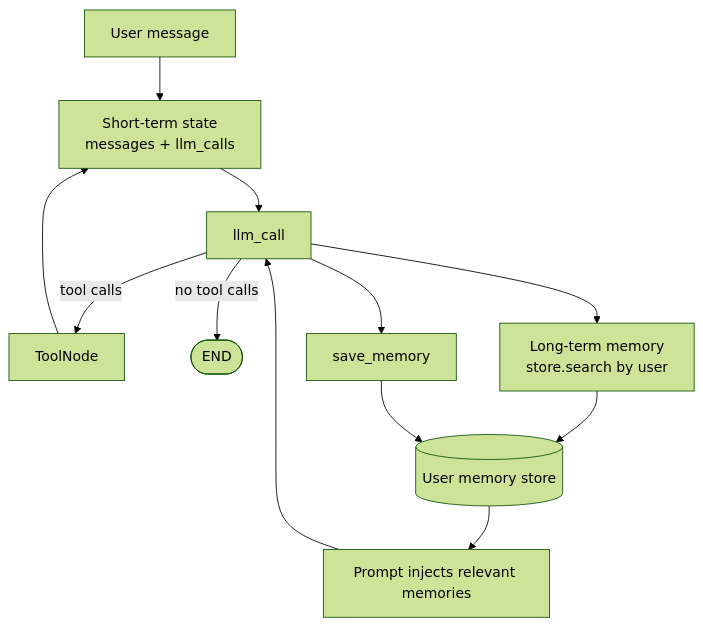
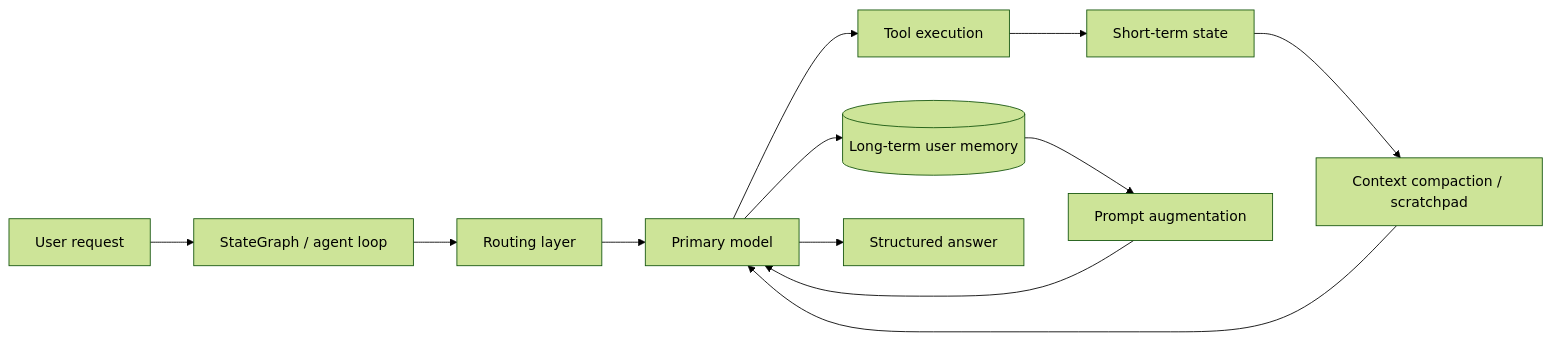
One commit to Harichandra1/agents changed the first of 2 diagrams in README.md. Above: the diagram before and after it, drawn with Mermaid (forest theme). The commit also changed other lines of this file, not shown here.

````diff
--- a/README.md
+++ b/README.md
@@ -62,16 +7,16 @@
 ```mermaid
-flowchart TD
-    USER[User message] --> STATE[Short-term state<br/>messages + llm_calls]
-    STATE --> LLM[llm_call]
-    LLM -->|tool calls| TOOLS[ToolNode]
-    TOOLS --> STATE
-    LLM -->|no tool calls| DONE([END])
+flowchart LR
+    U[User request] --> G[StateGraph / agent loop]
+    G --> R[Routing layer]
+    R --> M[Primary model]
+    M --> T[Tool execution]
+    T --> S[Short-term state]
+    S --> C[Context compaction / scratchpad]
+    C --> M
 
-    LLM --> SEARCH[Long-term memory<br/>store.search by user]
-    SEARCH --> MEMORY[(User memory store)]
-    MEMORY --> PROMPT[Prompt injects relevant memories]
-    PROMPT --> LLM
+    M --> L[(Long-term user memory)]
+    L --> P[Prompt augmentation]
+    P --> M
 
-    LLM --> SAVE[save_memory]
-    SAVE --> MEMORY
+    M --> O[Structured answer]
 ```
````
